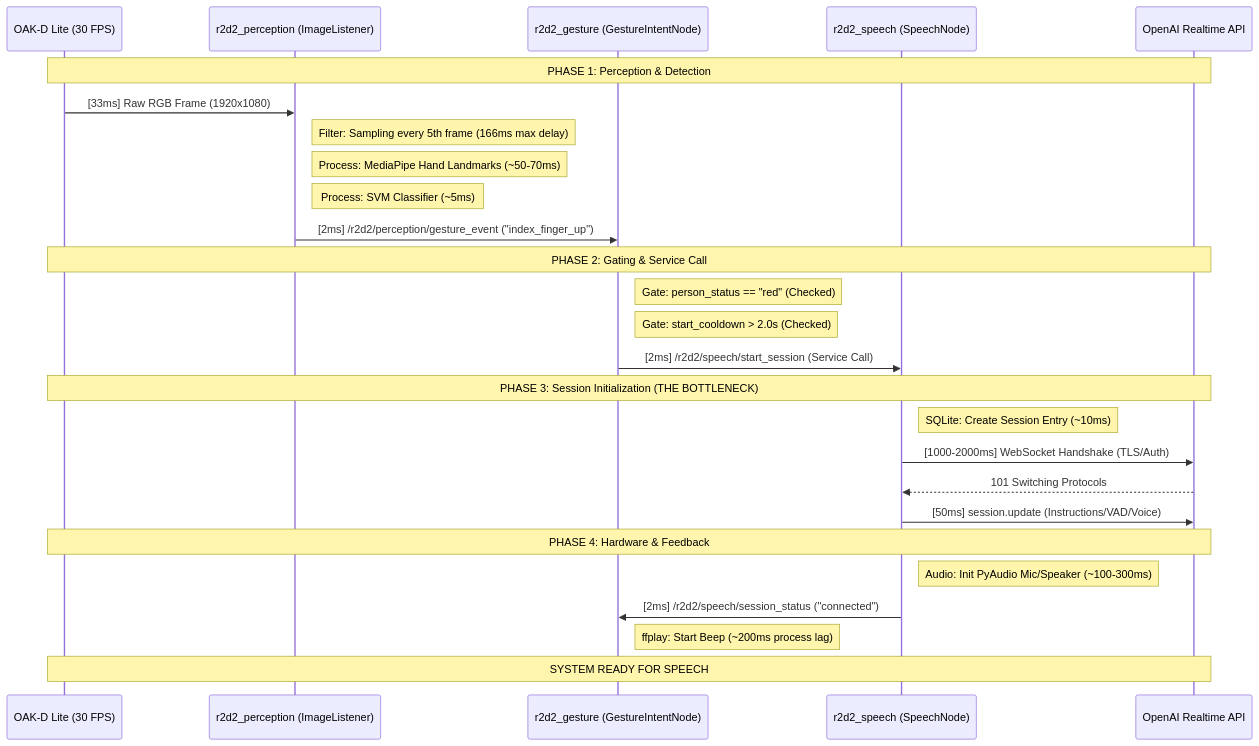
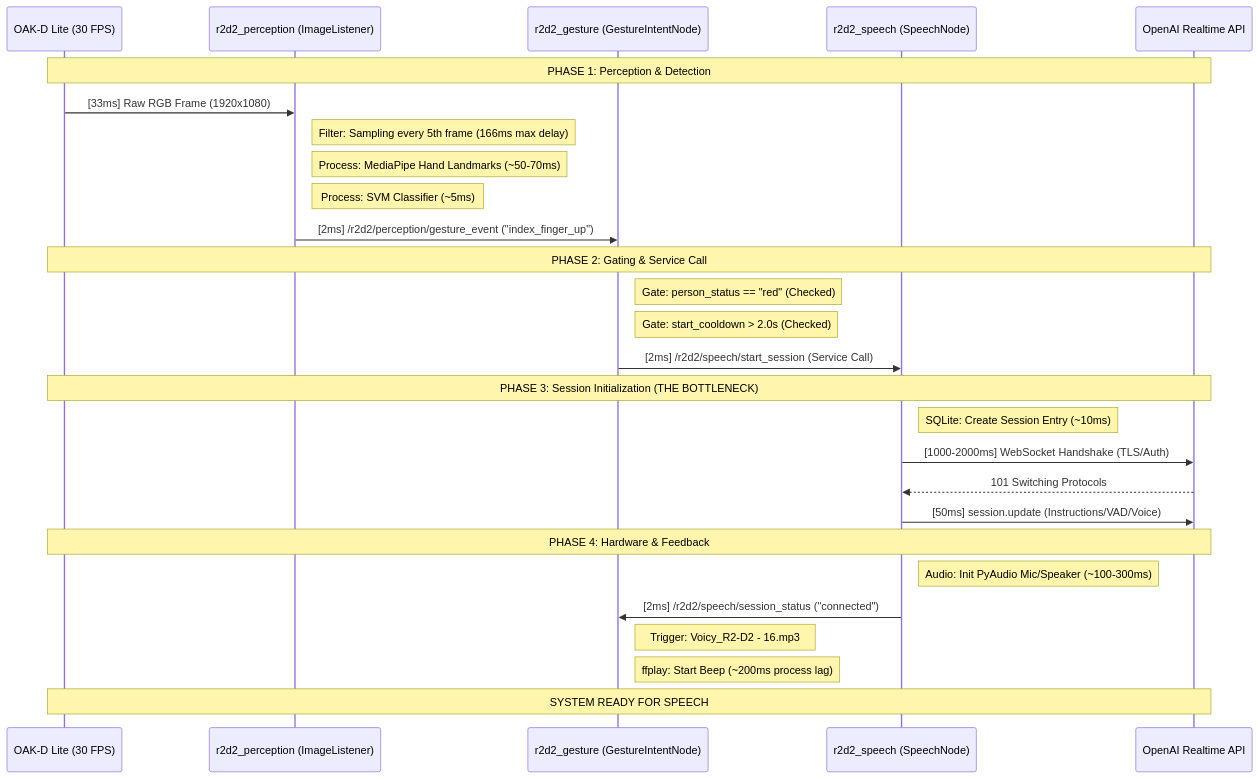
The diagram in _temp/START_SEQUENCE_ANALYSIS.md (severinleuenberger/R2D2-as-real-AI-companion), drawn with Mermaid before and after one commit. The commit also changed other lines of this file, not shown here.

Commit message:
docs: update start sequence with beep feedback timing

````diff
--- a/_temp/START_SEQUENCE_ANALYSIS.md
+++ b/_temp/START_SEQUENCE_ANALYSIS.md
@@ -8,32 +8,33 @@
 ```mermaid
 sequenceDiagram
     participant Cam as OAK-D Lite (30 FPS)
     participant Perc as r2d2_perception (ImageListener)
     participant Gest as r2d2_gesture (GestureIntentNode)
     participant Speech as r2d2_speech (SpeechNode)
     participant OpenAI as OpenAI Realtime API
 
     Note over Cam, OpenAI: PHASE 1: Perception & Detection
     Cam->>Perc: [33ms] Raw RGB Frame (1920x1080)
     Note right of Perc: Filter: Sampling every 5th frame (166ms max delay)
     Note right of Perc: Process: MediaPipe Hand Landmarks (~50-70ms)
     Note right of Perc: Process: SVM Classifier (~5ms)
     Perc->>Gest: [2ms] /r2d2/perception/gesture_event ("index_finger_up")
 
     Note over Cam, OpenAI: PHASE 2: Gating & Service Call
     Note right of Gest: Gate: person_status == "red" (Checked)
     Note right of Gest: Gate: start_cooldown > 2.0s (Checked)
     Gest->>Speech: [2ms] /r2d2/speech/start_session (Service Call)
 
     Note over Cam, OpenAI: PHASE 3: Session Initialization (THE BOTTLENECK)
     Note right of Speech: SQLite: Create Session Entry (~10ms)
     Speech->>OpenAI: [1000-2000ms] WebSocket Handshake (TLS/Auth)
     OpenAI-->>Speech: 101 Switching Protocols
     Speech->>OpenAI: [50ms] session.update (Instructions/VAD/Voice)
     
     Note over Cam, OpenAI: PHASE 4: Hardware & Feedback
     Note right of Speech: Audio: Init PyAudio Mic/Speaker (~100-300ms)
     Speech->>Gest: [2ms] /r2d2/speech/session_status ("connected")
+    Note right of Gest: Trigger: Voicy_R2-D2 - 16.mp3
     Note right of Gest: ffplay: Start Beep (~200ms process lag)
     Note over Cam, OpenAI: SYSTEM READY FOR SPEECH
 ```
````
